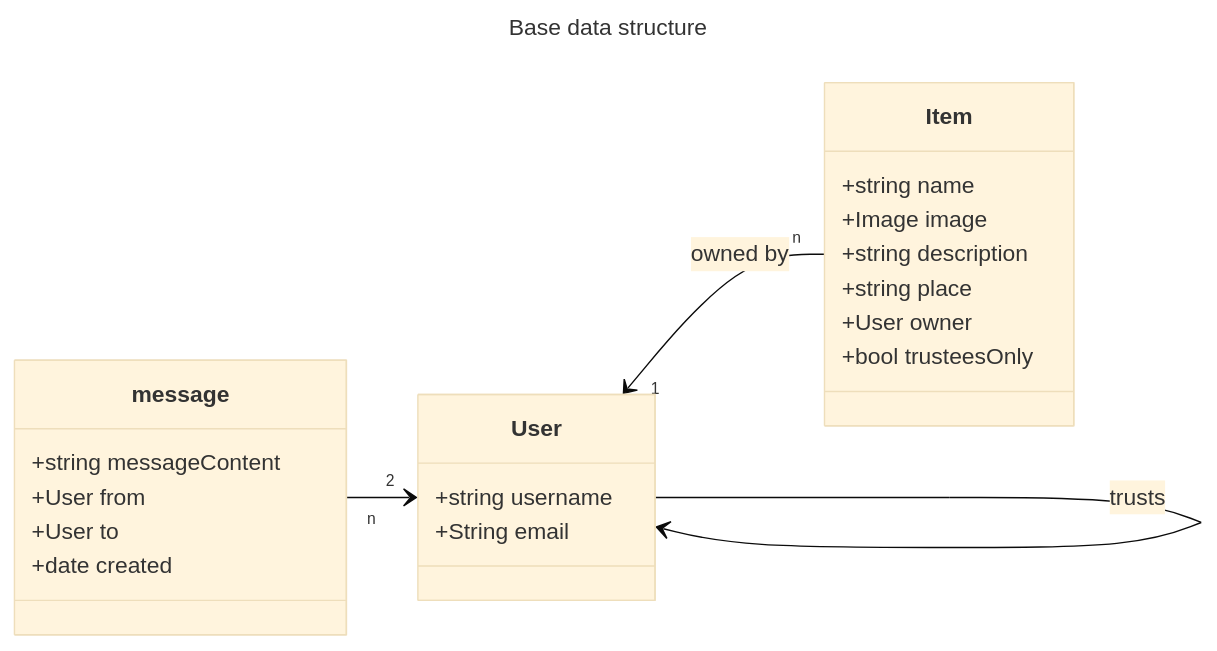
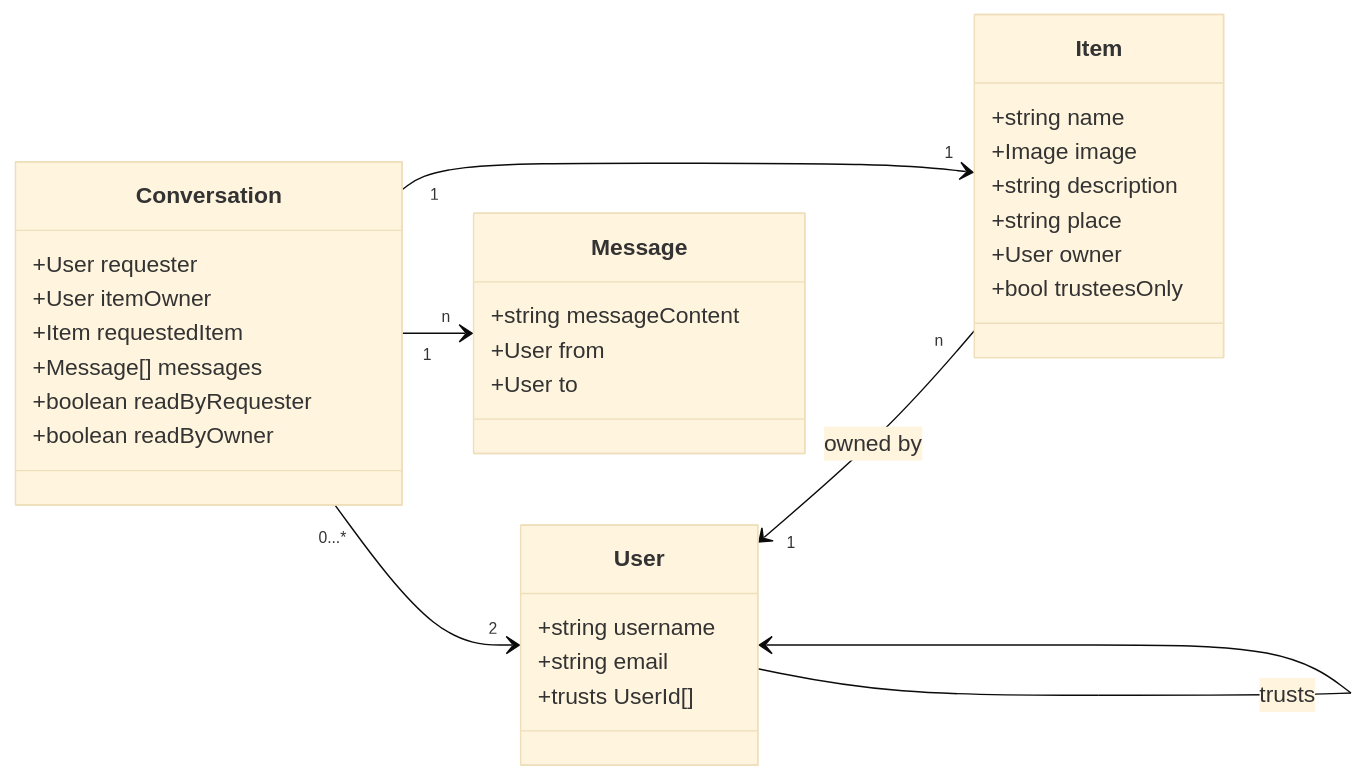
Before and after one commit to share-open-sharing-infrastructure/share-mvp: the diagram in docs/domain-model.md, drawn with Mermaid (base theme). The commit also changed other lines of this file and 20 other files, not shown here.

````diff
--- a/docs/domain-model.md
+++ b/docs/domain-model.md
@@ -7,31 +8,40 @@
 ```mermaid
----
-title: Base data structure
----
+
 classDiagram
     direction LR
 
     class User{
         +string username
-        +String email
+        +string email
+        +trusts UserId[]
     }
     User --> User : trusts
 
     class Item{
         +string name
         +Image image
         +string description
         +string place
         +User owner <!-- this is currently misnamed, have to adapt in DB and then in code -->
         +bool trusteesOnly
     }
     User "1" <-- "n" Item : owned by
 
-    class message{
+    class Message{
         +string messageContent
         +User from
         +User to
-        +date created
     }
-    message "n" --> "2" User
+
+    class Conversation{
+        +User requester
+        +User itemOwner
+        +Item requestedItem
+        +Message[] messages
+        +boolean readByRequester
+        +boolean readByOwner
+    }
+    Conversation "1" --> "n" Message
+    Conversation "0...*" --> "2" User
+    Conversation "1" --> "1" Item
 ```
````
